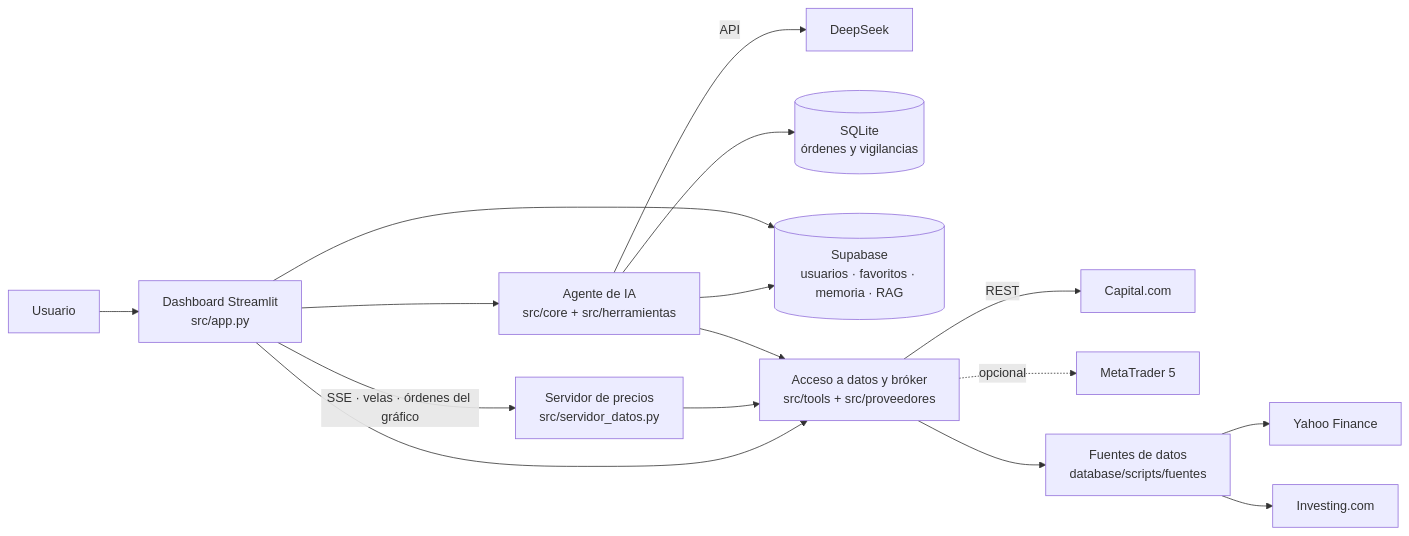
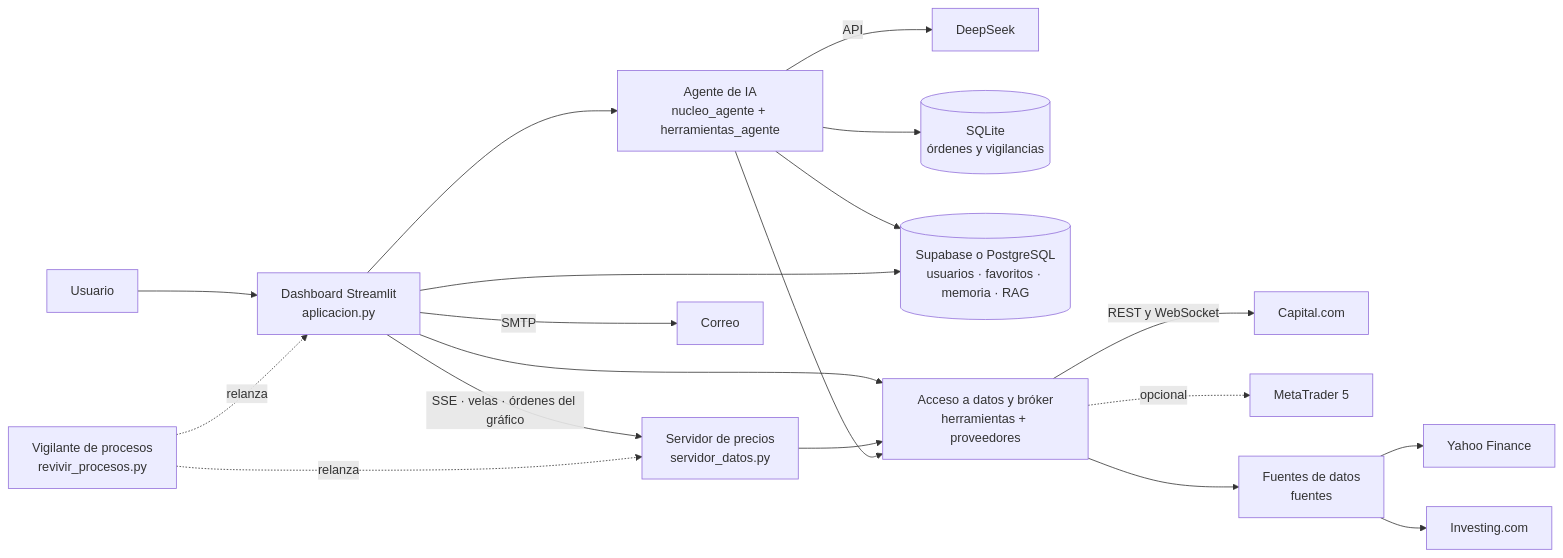
Before and after one commit to Cristian-Higuera-byte/RepAgenteIA: the diagram in README.md, drawn with Mermaid. The commit also changed other lines of this file and 1 other file, not shown here.

````diff
--- a/README.md
+++ b/README.md
@@ -175,18 +309,21 @@
 ```mermaid
 flowchart LR
-    U[Usuario] --> APP["Dashboard Streamlit<br/>src/app.py"]
-    APP -->|SSE · velas · órdenes del gráfico| SRV["Servidor de precios<br/>src/servidor_datos.py"]
-    APP --> AG["Agente de IA<br/>src/core + src/herramientas"]
+    U[Usuario] --> APP["Dashboard Streamlit<br/>aplicacion.py"]
+    APP -->|SSE · velas · órdenes del gráfico| SRV["Servidor de precios<br/>servidor_datos.py"]
+    APP --> AG["Agente de IA<br/>nucleo_agente + herramientas_agente"]
     AG -->|API| LLM[DeepSeek]
     AG --> SQL[("SQLite<br/>órdenes y vigilancias")]
-    AG --> SUPA[("Supabase<br/>usuarios · favoritos · memoria · RAG")]
-    APP --> SUPA
-    APP --> TOOLS["Acceso a datos y bróker<br/>src/tools + src/proveedores"]
+    AG --> BD[("Supabase o PostgreSQL<br/>usuarios · favoritos · memoria · RAG")]
+    APP --> BD
+    APP --> TOOLS["Acceso a datos y bróker<br/>herramientas + proveedores"]
     SRV --> TOOLS
     AG --> TOOLS
-    TOOLS -->|REST| CAP[Capital.com]
+    TOOLS -->|REST y WebSocket| CAP[Capital.com]
     TOOLS -.->|opcional| MT5[MetaTrader 5]
-    TOOLS --> FUE["Fuentes de datos<br/>database/scripts/fuentes"]
+    TOOLS --> FUE["Fuentes de datos<br/>fuentes"]
     FUE --> YF[Yahoo Finance]
     FUE --> INV[Investing.com]
+    APP -->|SMTP| COR[Correo]
+    VIG["Vigilante de procesos<br/>revivir_procesos.py"] -.->|relanza| APP
+    VIG -.->|relanza| SRV
 ```
````
